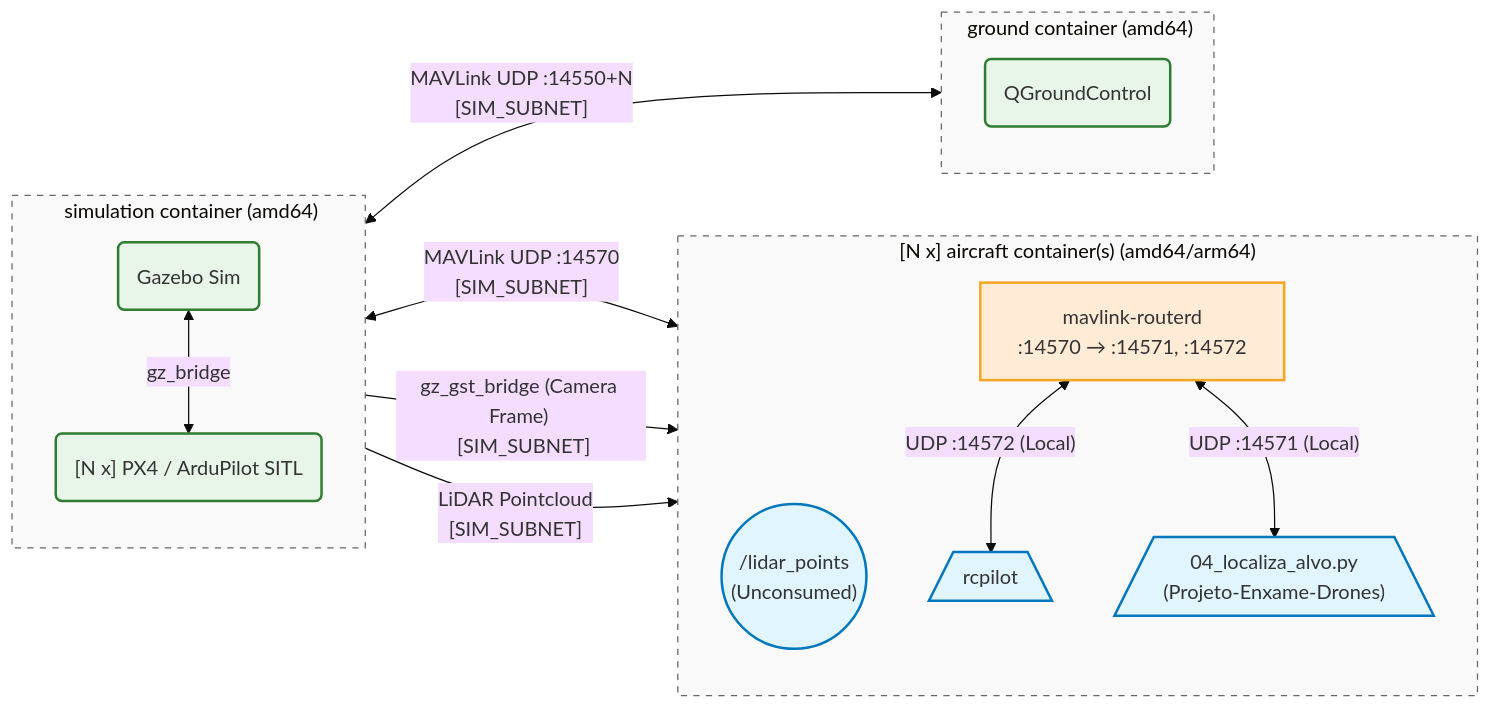
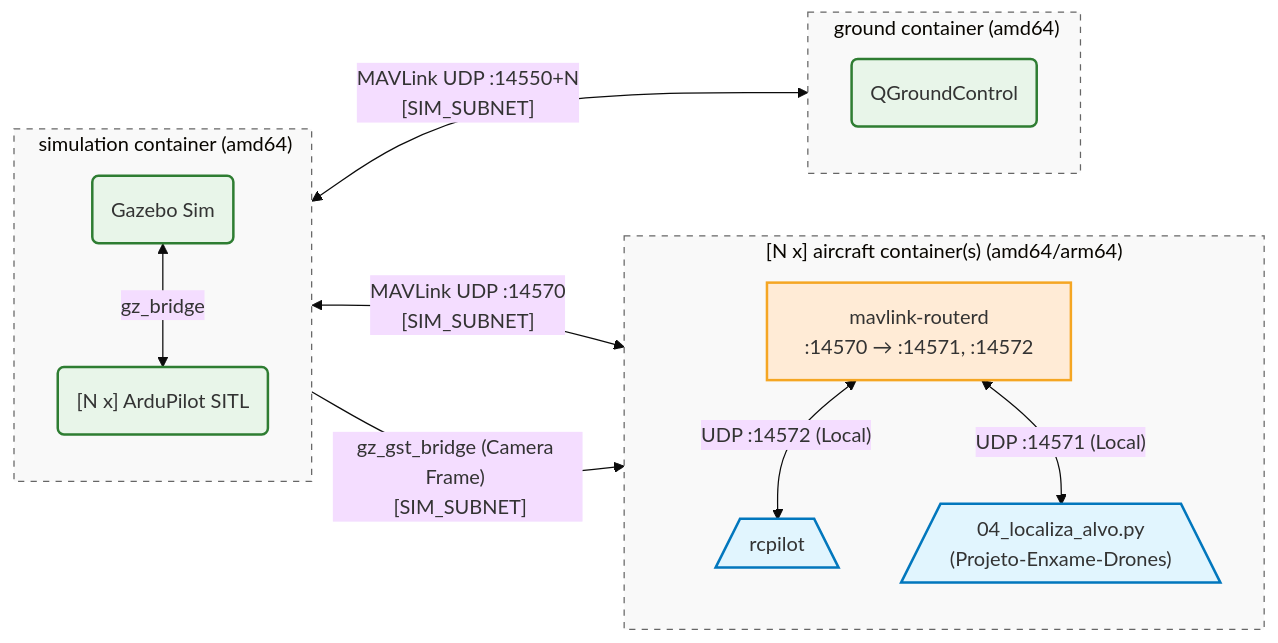
One commit to droneswarmufpe/aerial-autonomy-stack changed the first of 2 diagrams in README.md. Above: the diagram before and after it, drawn with Mermaid. The commit also changed other lines of this file and 357 other files, not shown here.

````diff
--- a/README.md
+++ b/README.md
@@ -35,40 +32,38 @@
 ```mermaid
 %%{init: {'theme': 'base', 'themeVariables': { 'fontFamily': 'monospace'}}}%%
 flowchart LR
     subgraph sim ["#nbsp;simulation#nbsp;container#nbsp;(amd64)"]
         direction TB
         gz(Gazebo Sim):::resource
-        sitl("[N x] PX4 / ArduPilot SITL"):::resource
+        sitl("[N x] ArduPilot SITL"):::resource
         gz <--> |"gz_bridge"| sitl
     end
 
     subgraph air ["[N#nbsp;x]#nbsp;aircraft#nbsp;container(s)#nbsp;(amd64/arm64)"]
         direction TB
-        lidar_in(("/lidar_points<br/>(Unconsumed)")):::algo
         
         mavrouter["mavlink-routerd<br/>:14570 → :14571, :14572"]:::bridge
         rcpilot[/"rcpilot"\]:::algo
         script04[/"04_localiza_alvo.py<br/>(Projeto-Enxame-Drones)"\]:::algo
 
         mavrouter <--> |"UDP :14572 (Local)"| rcpilot
         mavrouter <--> |"UDP :14571 (Local)"| script04
     end
 
     subgraph gnd ["#nbsp;ground#nbsp;container#nbsp;(amd64)"]
         direction TB
         qgc(QGroundControl):::resource
     end
 
     %% External Network Routing
     sitl <--> |"MAVLink UDP :14550+N <br/> [SIM_SUBNET]"| qgc
     sitl <--> |"MAVLink UDP :14570 <br/> [SIM_SUBNET]"| mavrouter
     gz --> |"gz_gst_bridge (Camera Frame) <br/> [SIM_SUBNET]"| script04
-    gz --> |"LiDAR Pointcloud <br/> [SIM_SUBNET]"| lidar_in
 
     classDef bridge fill:#ffebd6,stroke:#f5a623,stroke-width:2px;
     classDef algo fill:#e1f5fe,stroke:#0277bd,stroke-width:2px;
     classDef resource fill:#e8f5e9,stroke:#2e7d32,stroke-width:2px;
     classDef whiteStyle fill:#f9f9f9,stroke:#666,stroke-width:1px,stroke-dasharray: 5 5;
     
     class sim,air,gnd whiteStyle;
 ```
````
